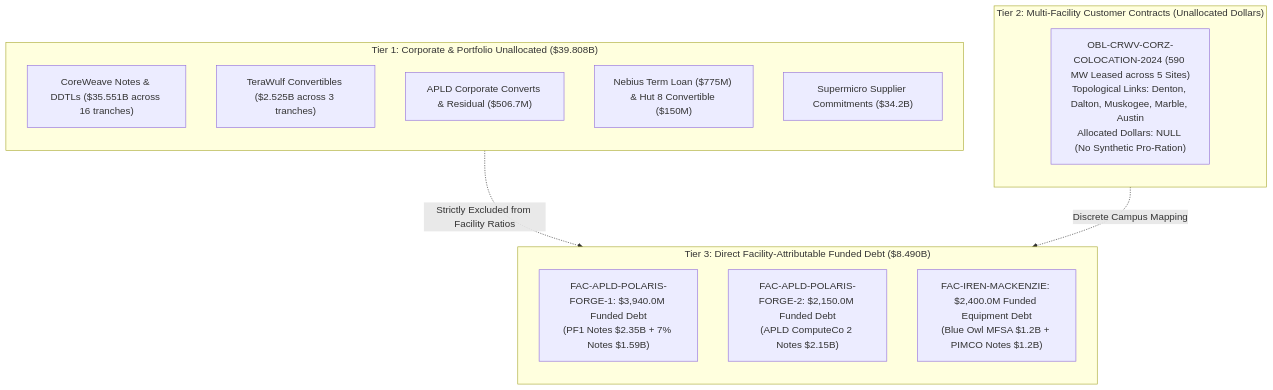
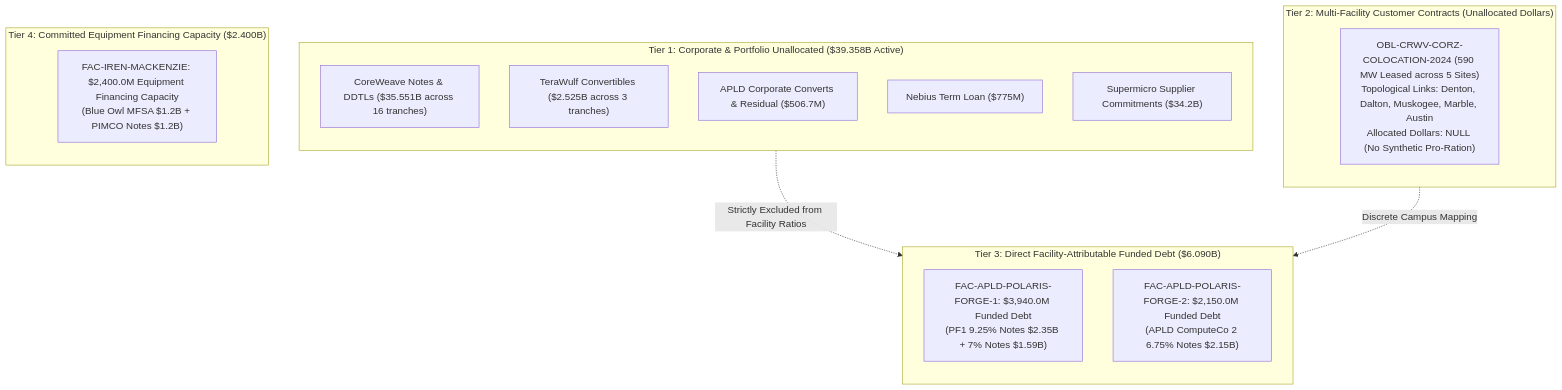
The diagram in 2026/2026-09-28-ai-infrastructure-network/docs/phase1_task021_energization_at_risk.md (admiralorbiter/computational-sketchbook), drawn with Mermaid before and after one commit. The commit also changed other lines of this file and 29 other files, not shown here.

````diff
--- a/2026/2026-09-28-ai-infrastructure-network/docs/phase1_task021_energization_at_risk.md
+++ b/2026/2026-09-28-ai-infrastructure-network/docs/phase1_task021_energization_at_risk.md
@@ -78,26 +81,30 @@
 ```mermaid
 flowchart TD
-    subgraph CorporateTier["Tier 1: Corporate & Portfolio Unallocated ($39.808B)"]
+    subgraph CorporateTier["Tier 1: Corporate & Portfolio Unallocated ($39.358B Active)"]
         direction TB
         C1["CoreWeave Notes & DDTLs ($35.551B across 16 tranches)"]
         C2["TeraWulf Convertibles ($2.525B across 3 tranches)"]
         C3["APLD Corporate Converts & Residual ($506.7M)"]
-        C4["Nebius Term Loan ($775M) & Hut 8 Convertible ($150M)"]
+        C4["Nebius Term Loan ($775M)"]
         C5["Supermicro Supplier Commitments ($34.2B)"]
     end
 
     subgraph MultiFacilityTier["Tier 2: Multi-Facility Customer Contracts (Unallocated Dollars)"]
         direction TB
         M1["OBL-CRWV-CORZ-COLOCATION-2024 (590 MW Leased across 5 Sites)<br>Topological Links: Denton, Dalton, Muskogee, Marble, Austin<br>Allocated Dollars: NULL (No Synthetic Pro-Ration)"]
     end
 
-    subgraph DirectProjectTier["Tier 3: Direct Facility-Attributable Funded Debt ($8.490B)"]
+    subgraph DirectProjectTier["Tier 3: Direct Facility-Attributable Funded Debt ($6.090B)"]
         direction TB
-        D1["FAC-APLD-POLARIS-FORGE-1: $3,940.0M Funded Debt<br>(PF1 Notes $2.35B + 7% Notes $1.59B)"]
-        D2["FAC-APLD-POLARIS-FORGE-2: $2,150.0M Funded Debt<br>(APLD ComputeCo 2 Notes $2.15B)"]
-        D3["FAC-IREN-MACKENZIE: $2,400.0M Funded Equipment Debt<br>(Blue Owl MFSA $1.2B + PIMCO Notes $1.2B)"]
+        D1["FAC-APLD-POLARIS-FORGE-1: $3,940.0M Funded Debt<br>(PF1 9.25% Notes $2.35B + 7% Notes $1.59B)"]
+        D2["FAC-APLD-POLARIS-FORGE-2: $2,150.0M Funded Debt<br>(APLD ComputeCo 2 6.75% Notes $2.15B)"]
+    end
+
+    subgraph EquipmentCapTier["Tier 4: Committed Equipment Financing Capacity ($2.400B)"]
+        direction TB
+        E1["FAC-IREN-MACKENZIE: $2,400.0M Equipment Financing Capacity<br>(Blue Owl MFSA $1.2B + PIMCO Notes $1.2B)"]
     end
 
     CorporateTier -.->|Strictly Excluded from Facility Ratios| DirectProjectTier
     MultiFacilityTier -.->|Discrete Campus Mapping| DirectProjectTier
 ```
````
